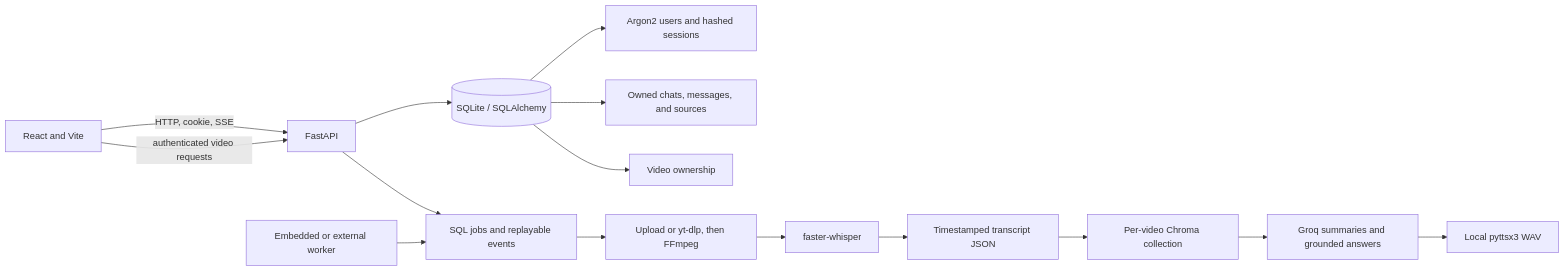
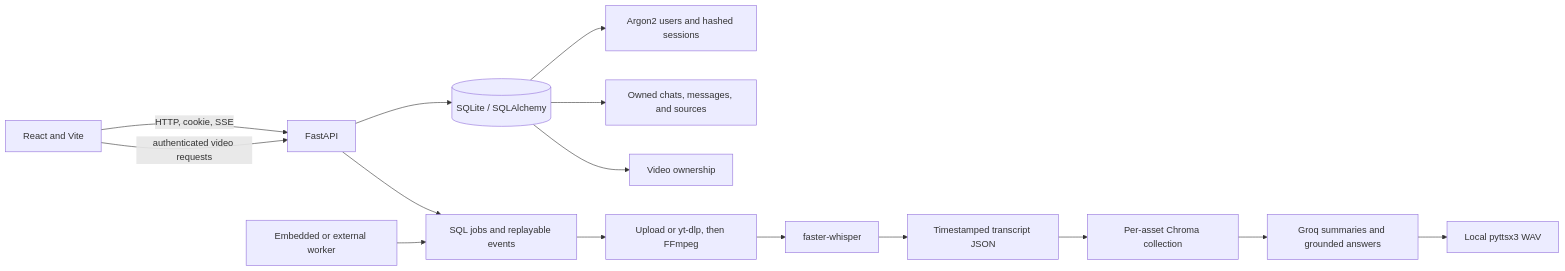
The diagram in PROJECT_RECAP.md (z3yad30/VideoMind), drawn with Mermaid before and after one commit. The commit also changed other lines of this file and 30 other files, not shown here.

````diff
--- a/PROJECT_RECAP.md
+++ b/PROJECT_RECAP.md
@@ -9,17 +9,17 @@
 ```mermaid
 flowchart LR
     Browser[React and Vite] -->|HTTP, cookie, SSE| API[FastAPI]
     API --> DB[(SQLite / SQLAlchemy)]
     DB --> Auth[Argon2 users and hashed sessions]
     DB --> Chat[Owned chats, messages, and sources]
     DB --> Owners[Video ownership]
     API --> Jobs[SQL jobs and replayable events]
     Worker[Embedded or external worker] --> Jobs
     Jobs --> Media[Upload or yt-dlp, then FFmpeg]
     Media --> ASR[faster-whisper]
     ASR --> Transcript[Timestamped transcript JSON]
-    Transcript --> RAG[Per-video Chroma collection]
+    Transcript --> RAG[Per-asset Chroma collection]
     RAG --> LLM[Groq summaries and grounded answers]
     LLM --> TTS[Local pyttsx3 WAV]
     Browser -->|authenticated video requests| API
 ```
````
